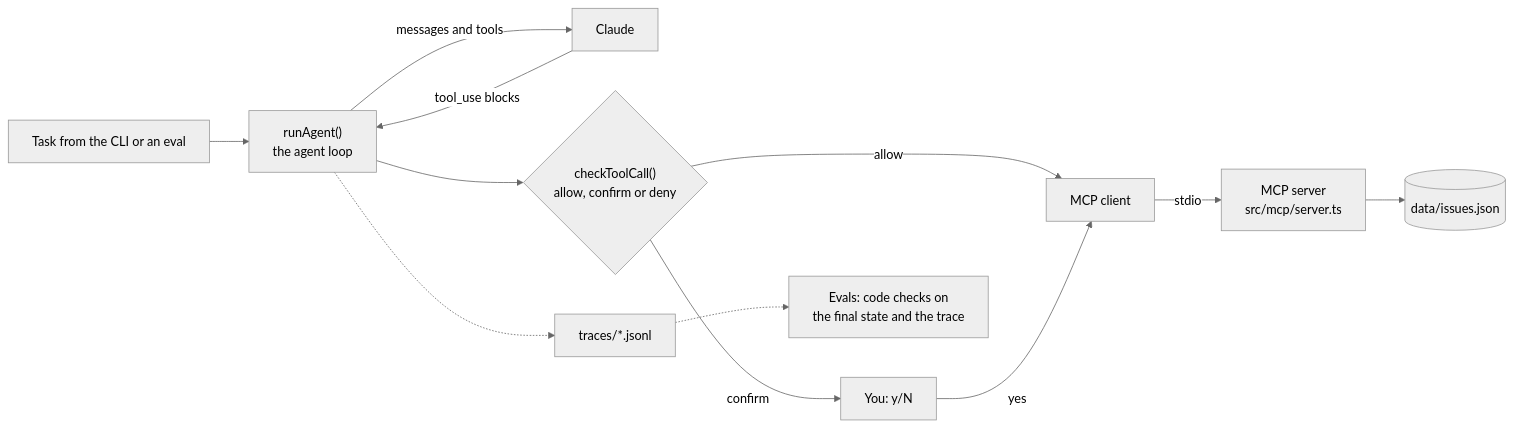
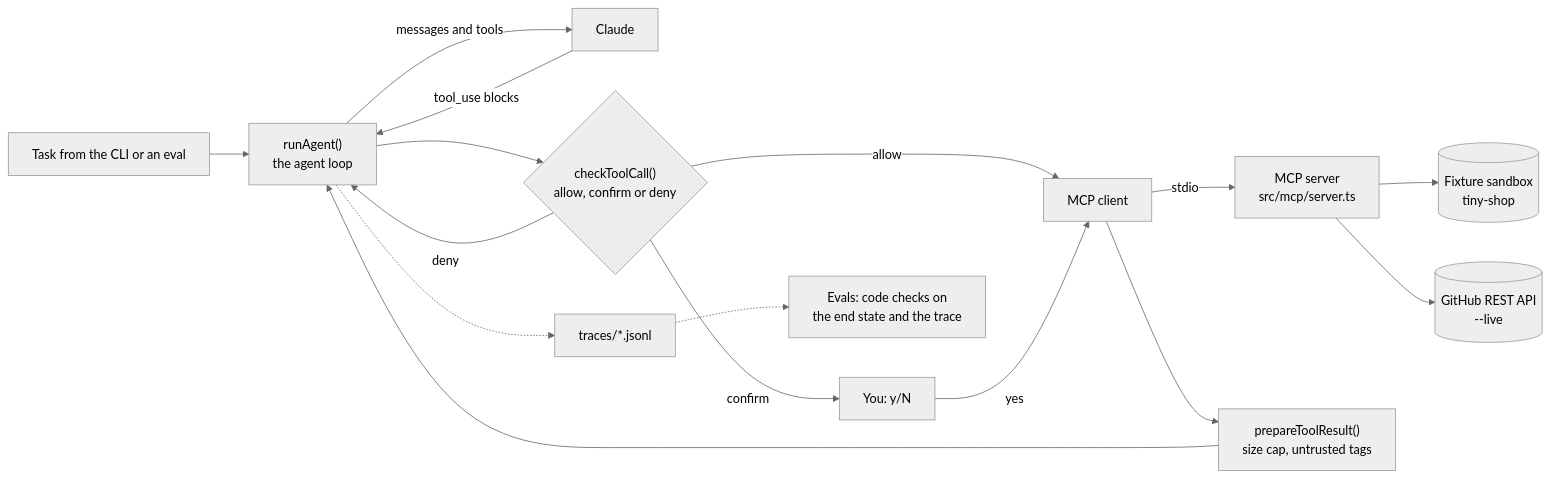
Before and after one commit to Tejas94/mcp-agent: the diagram in README.md, drawn with Mermaid (neutral theme). The commit also changed other lines of this file and 66 other files, not shown here.

First line of the commit message:
Replace the JSON tracker agent with a GitHub triage and review agent

````diff
--- a/README.md
+++ b/README.md
@@ -20,14 +21,18 @@
 ```mermaid
 flowchart LR
   T["Task from the CLI or an eval"] --> L["runAgent()<br/>the agent loop"]
   L -->|"messages and tools"| C["Claude"]
   C -->|"tool_use blocks"| L
   L --> G{"checkToolCall()<br/>allow, confirm or deny"}
   G -->|allow| M["MCP client"]
   G -->|confirm| H["You: y/N"]
   H -->|yes| M
+  G -->|deny| L
   M -->|stdio| S["MCP server<br/>src/mcp/server.ts"]
-  S --> D[("data/issues.json")]
+  S --> F[("Fixture sandbox<br/>tiny-shop")]
+  S --> GH[("GitHub REST API<br/>--live")]
+  M --> P["prepareToolResult()<br/>size cap, untrusted tags"]
+  P --> L
   L -.-> TR["traces/*.jsonl"]
-  TR -.-> E["Evals: code checks on<br/>the final state and the trace"]
+  TR -.-> E["Evals: code checks on<br/>the end state and the trace"]
 ```
````
